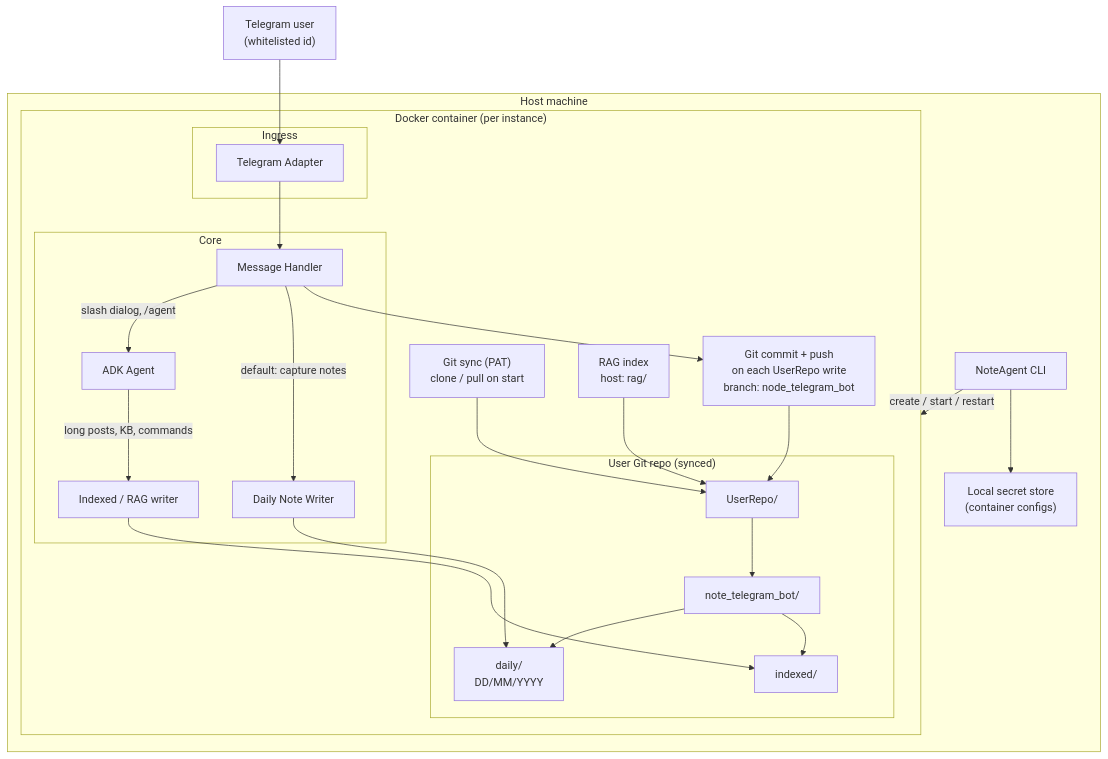
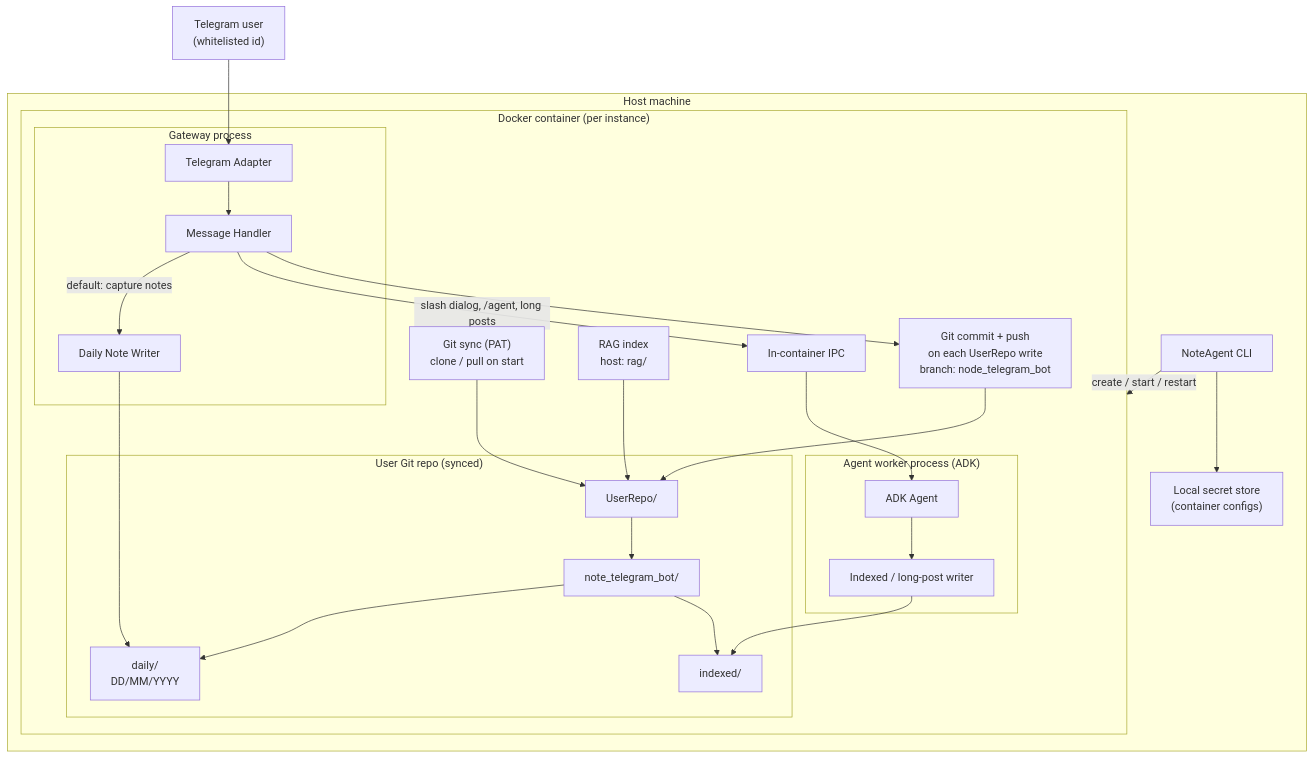
One commit to Modjaid/note-telegram-git-bot changed the first of 2 diagrams in README.md. Above: the diagram before and after it, drawn with Mermaid. The commit also changed other lines of this file and 48 other files, not shown here.

````diff
--- a/README.md
+++ b/README.md
@@ -19,43 +19,47 @@
 ```mermaid
 flowchart TB
   subgraph host["Host machine"]
     CLI["NoteAgent CLI"]
     Secrets["Local secret store<br/>(container configs)"]
     CLI --> Secrets
     CLI -->|create / start / restart| Docker
   end
 
   subgraph Docker["Docker container (per instance)"]
-    subgraph ingress["Ingress"]
+    subgraph gateway["Gateway process"]
       TG["Telegram Adapter"]
+      H["Message Handler"]
+      DailyW["Daily Note Writer"]
+      TG --> H
+      H -->|default: capture notes| DailyW
     end
 
-    subgraph core["Core"]
-      H["Message Handler"]
+    subgraph worker["Agent worker process (ADK)"]
       A["ADK Agent"]
-      TG --> H
-      H -->|slash dialog, /agent| A
-      H -->|default: capture notes| DailyW["Daily Note Writer"]
-      A -->|long posts, KB, commands| IndexedW["Indexed / RAG writer"]
+      IndexedW["Indexed / long-post writer"]
+      A --> IndexedW
     end
+
+    H -->|slash dialog, /agent, long posts| IPC["In-container IPC"]
+    IPC --> A
 
     subgraph storage["User Git repo (synced)"]
       UR["UserRepo/"]
       NTB["note_telegram_bot/"]
       Daily["daily/<br/>DD/MM/YYYY"]
       Indexed["indexed/"]
       UR --> NTB
       NTB --> Daily
       NTB --> Indexed
     end
 
     DailyW --> Daily
     IndexedW --> Indexed
     GitSync["Git sync (PAT)<br/>clone / pull on start"] --> UR
     GitPush["Git commit + push<br/>on each UserRepo write<br/>branch: node_telegram_bot"] --> UR
     H --> GitPush
     RAG["RAG index<br/>host: rag/"] --> UR
   end
 
   User["Telegram user<br/>(whitelisted id)"] --> TG
 ```
````
